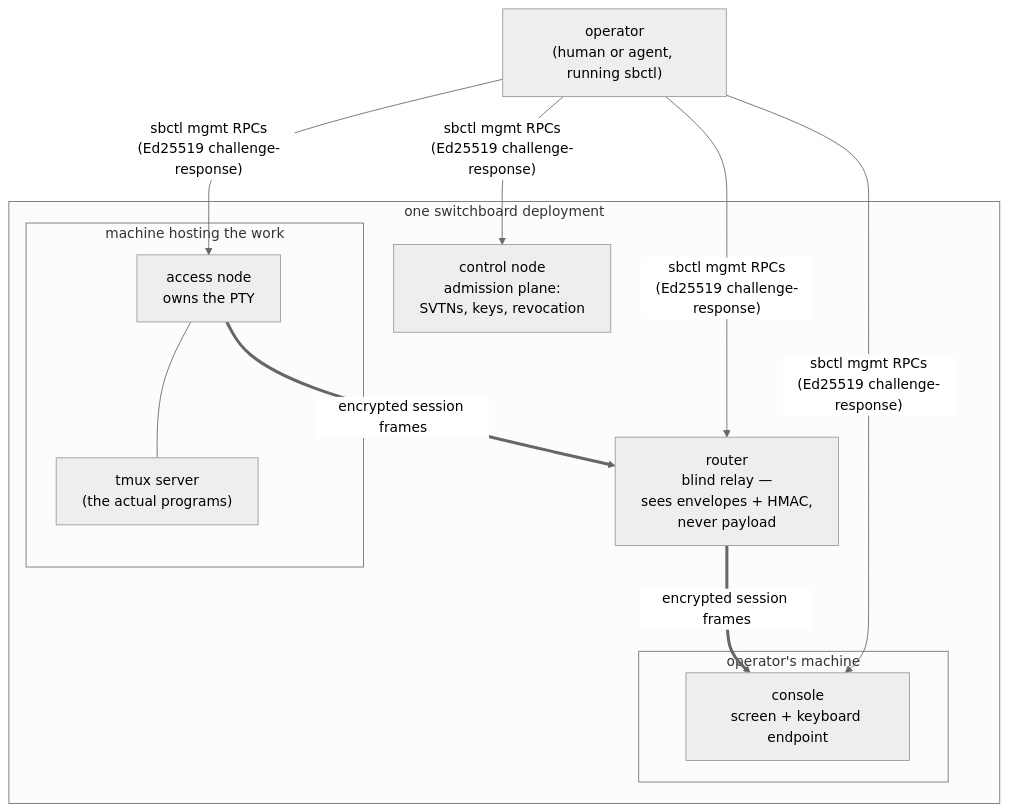
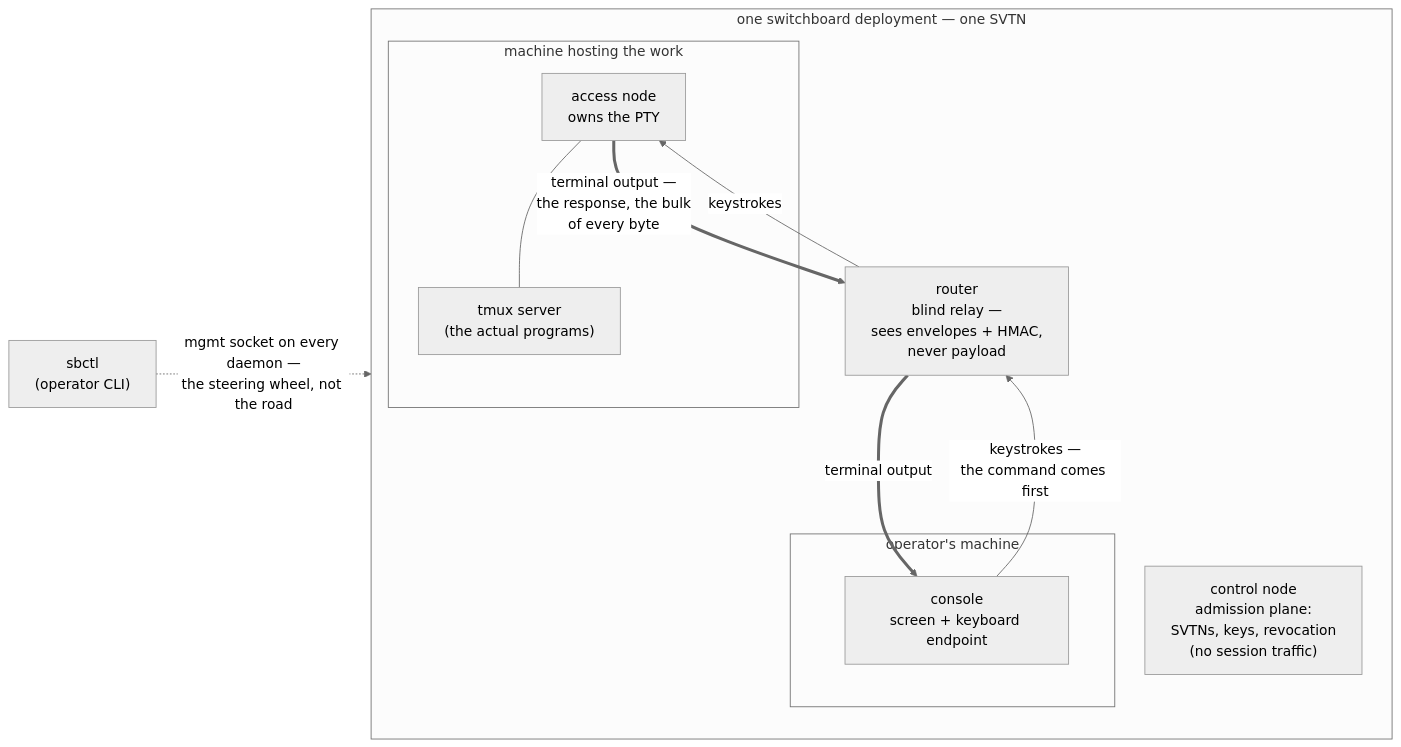
Before and after one commit to ArcavenAE/switchboard-blue: the second of 7 diagrams in docs/architecture.md, drawn with Mermaid (neutral theme). The commit also changed other lines of this file and 9 other files, not shown here.

First line of the commit message:
docs(diagrams): network view first — data plane and trust split lead, sbctl demoted to ground level (#117)

````diff
--- a/docs/architecture.md
+++ b/docs/architecture.md
@@ -78,21 +103,21 @@
 ```mermaid
-graph TB
-    OP["operator<br/>(human or agent, running sbctl)"]
-
-    subgraph deployment["one switchboard deployment"]
-        CT["control node<br/>admission plane:<br/>SVTNs, keys, revocation"]
+graph LR
+    subgraph deployment["one switchboard deployment — one SVTN"]
+        subgraph m2["operator's machine"]
+            CN["console<br/>screen + keyboard endpoint"]
+        end
         R["router<br/>blind relay —<br/>sees envelopes + HMAC,<br/>never payload"]
         subgraph m1["machine hosting the work"]
             AN["access node<br/>owns the PTY"]
             TM["tmux server<br/>(the actual programs)"]
             AN --- TM
         end
-        subgraph m2["operator's machine"]
-            CN["console<br/>screen + keyboard endpoint"]
-        end
+        CT["control node<br/>admission plane:<br/>SVTNs, keys, revocation<br/>(no session traffic)"]
     end
 
-    OP -- "sbctl mgmt RPCs<br/>(Ed25519 challenge-response)" --> CT & R & AN & CN
-    AN == "encrypted session frames" ==> R
-    R == "encrypted session frames" ==> CN
+    CN -- "keystrokes —<br/>the command comes first" --> R
+    R -- "keystrokes" --> AN
+    AN == "terminal output —<br/>the response, the bulk<br/>of every byte" ==> R
+    R == "terminal output" ==> CN
+    SB["sbctl<br/>(operator CLI)"] -. "mgmt socket on every daemon —<br/>the steering wheel, not the road" .-> deployment
 ```
````
